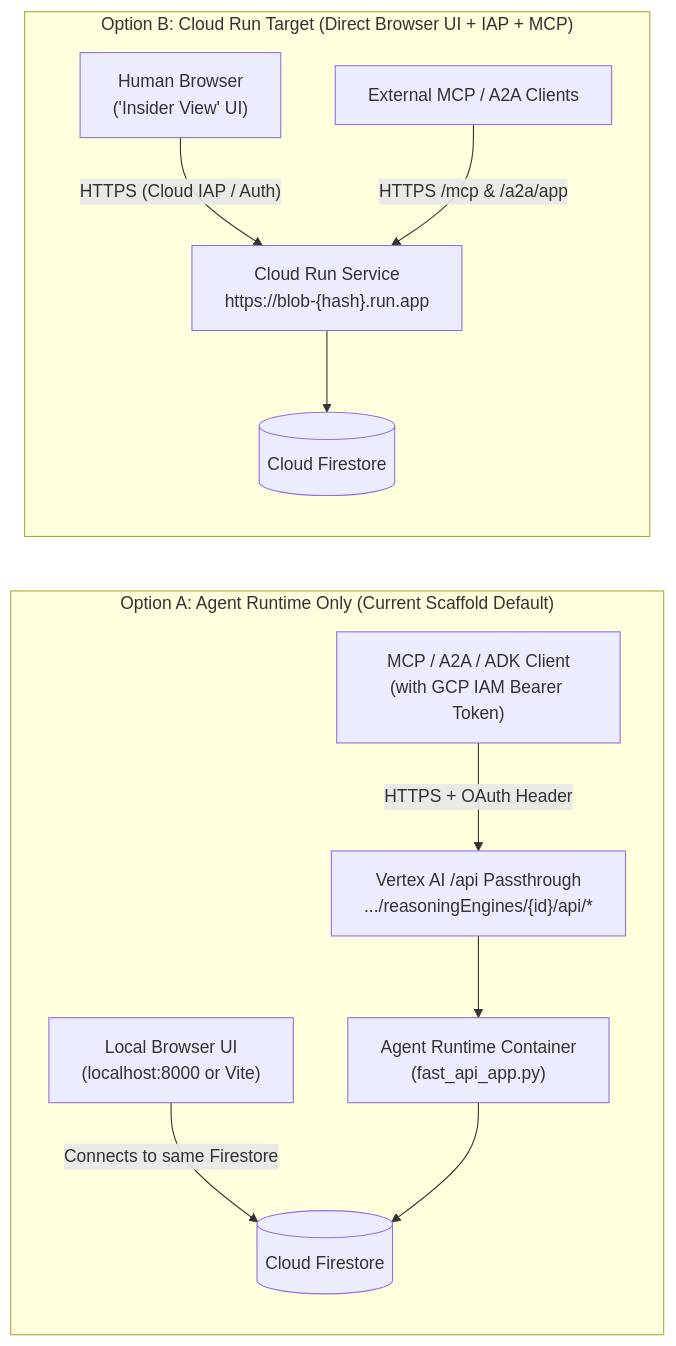
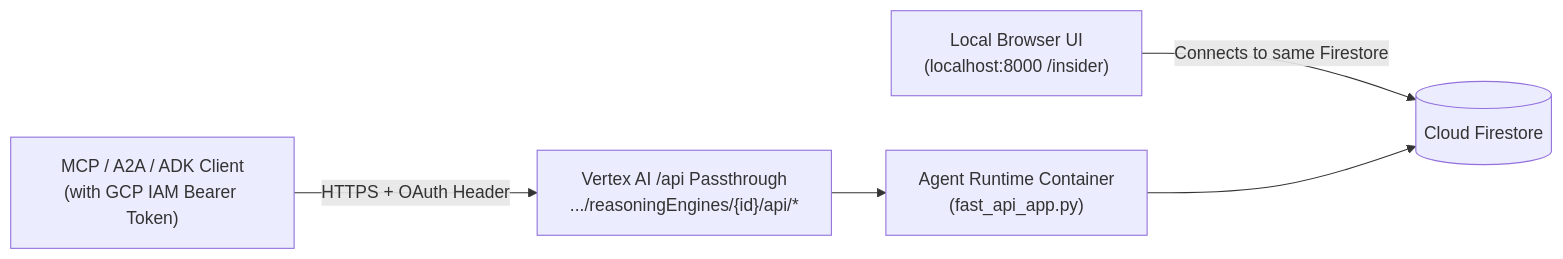
Before and after one commit to edcuba/blob: the eighth of 10 diagrams in spec/architecture-and-deployment.md, drawn with Mermaid. The commit also changed other lines of this file and 4 other files, not shown here.

Commit message:
docs(spec): finalize architecture, deployment, and 6-phase implementation plan

````diff
--- a/spec/architecture-and-deployment.md
+++ b/spec/architecture-and-deployment.md
@@ -364,17 +364,7 @@
 ```mermaid
 flowchart LR
-    subgraph OptionA["Option A: Agent Runtime Only (Current Scaffold Default)"]
-        direction TB
-        CLI_A["MCP / A2A / ADK Client\n(with GCP IAM Bearer Token)"] -->|"HTTPS + OAuth Header"| AR_Pass["Vertex AI /api Passthrough\n.../reasoningEngines/{id}/api/*"]
-        LocalUI_A["Local Browser UI\n(localhost:8000 or Vite)"] -->|"Connects to same Firestore"| FS_A[("Cloud Firestore")]
-        AR_Pass --> AR_Container["Agent Runtime Container\n(fast_api_app.py)"]
-        AR_Container --> FS_A
-    end
-
-    subgraph OptionB["Option B: Cloud Run Target (Direct Browser UI + IAP + MCP)"]
-        direction TB
-        Browser_B["Human Browser\n('Insider View' UI)"] -->|"HTTPS (Cloud IAP / Auth)"| CRun["Cloud Run Service\nhttps://blob-{hash}.run.app"]
-        MCP_B["External MCP / A2A Clients"] -->|"HTTPS /mcp & /a2a/app"| CRun
-        CRun --> FS_B[("Cloud Firestore")]
-    end
+    CLI["MCP / A2A / ADK Client\n(with GCP IAM Bearer Token)"] -->|"HTTPS + OAuth Header"| AR_Pass["Vertex AI /api Passthrough\n.../reasoningEngines/{id}/api/*"]
+    LocalUI["Local Browser UI\n(localhost:8000 /insider)"] -->|"Connects to same Firestore"| FS[("Cloud Firestore")]
+    AR_Pass --> AR_Container["Agent Runtime Container\n(fast_api_app.py)"]
+    AR_Container --> FS
 ```
````
